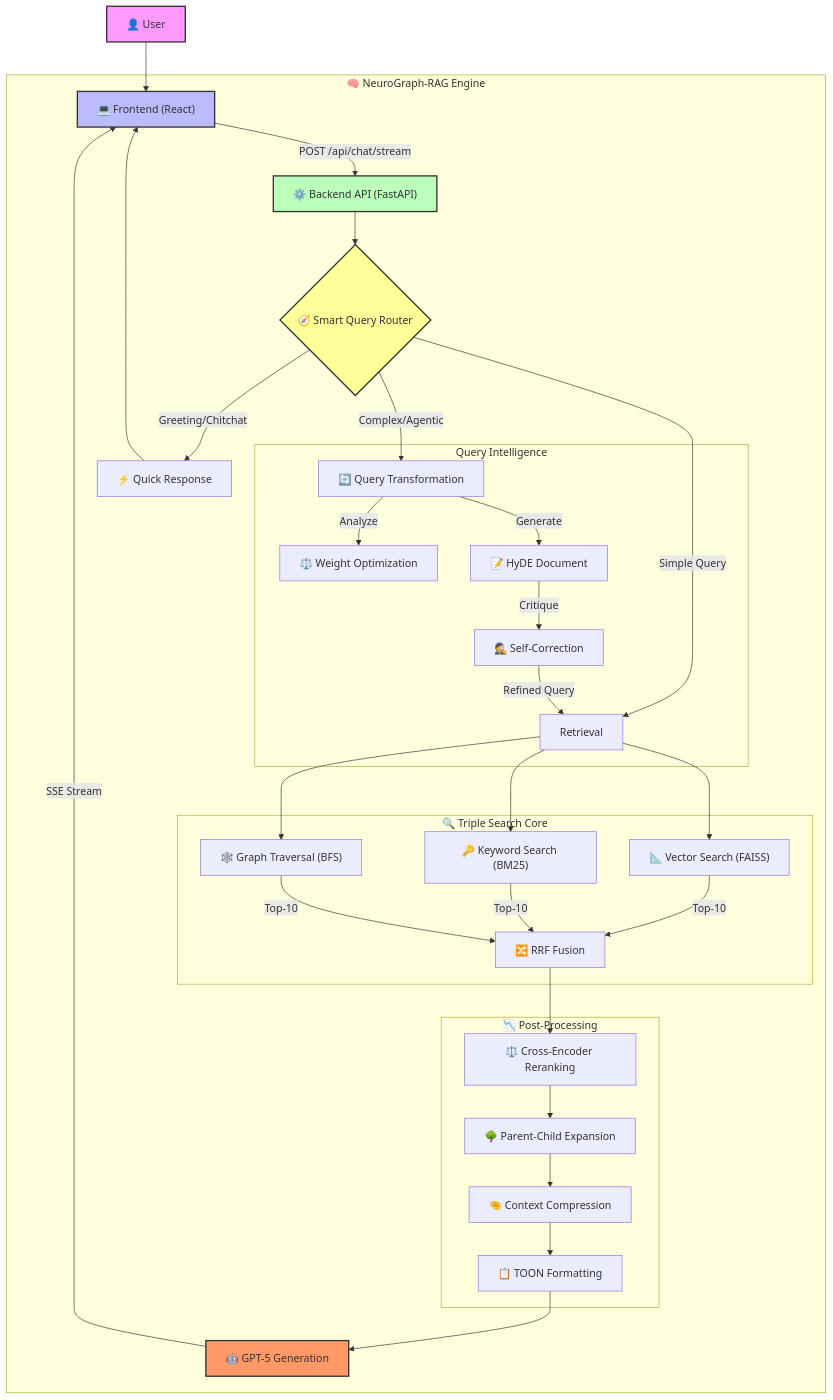
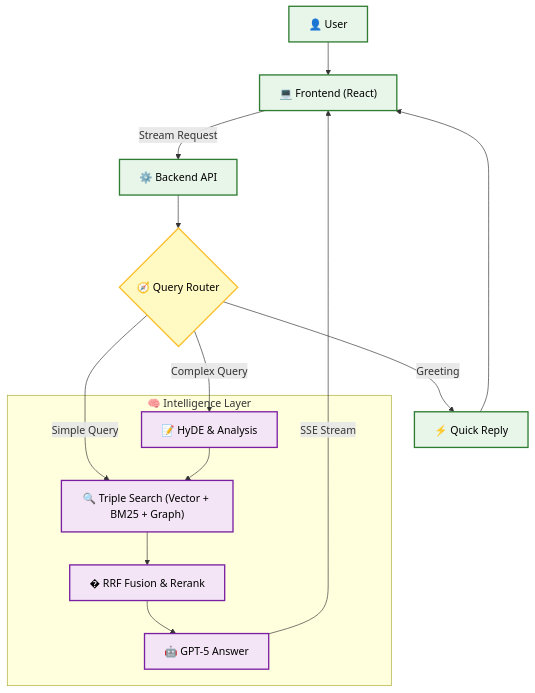
Before and after one commit to AryanKadar/neurograph-neo4j-rag: the diagram in README.md, drawn with Mermaid.

Commit message:
docs: simplify architecture diagram and fix contrast issues

````diff
--- a/README.md
+++ b/README.md
@@ -180,47 +180,41 @@
 ```mermaid
 graph TD
-    User["👤 User"] --> Frontend["💻 Frontend (React)"]
-    Frontend -->|"POST /api/chat/stream"| Backend["⚙️ Backend API (FastAPI)"]
+    %% Nodes
+    User["👤 User"]
+    Frontend["💻 Frontend (React)"]
+    Backend["⚙️ Backend API"]
+    Router{"🧭 Query Router"}
+    
+    subgraph "🧠 Intelligence Layer"
+        HyDE["📝 HyDE & Analysis"]
+        Search["🔍 Triple Search (Vector + BM25 + Graph)"]
+        Fusion["� RRF Fusion & Rerank"]
+        Generation["🤖 GPT-5 Answer"]
+    end
 
-    subgraph "🧠 NeuroGraph-RAG Engine"
-        Backend --> Router{"🧭 Smart Query Router"}
+    %% Connections
+    User --> Frontend
+    Frontend -->|"Stream Request"| Backend
+    Backend --> Router
+    
+    Router -->|"Simple Query"| Search
+    Router -->|"Complex Query"| HyDE
+    Router -->|"Greeting"| Quick["⚡ Quick Reply"]
+    
+    HyDE --> Search
+    Search --> Fusion
+    Fusion --> Generation
+    
+    Generation -->|"SSE Stream"| Frontend
+    Quick --> Frontend
 
-        Router -->|"Greeting/Chitchat"| QuickResp["⚡ Quick Response"]
-        Router -->|"Simple Query"| Retrieval
-        Router -->|"Complex/Agentic"| QueryTransform["🔄 Query Transformation"]
+    %% Styling with High Contrast
+    classDef box fill:#e1f5fe,stroke:#01579b,stroke-width:2px,color:#000000;
+    classDef decision fill:#fff9c4,stroke:#fbc02d,stroke-width:2px,color:#000000;
+    classDef user fill:#e8f5e9,stroke:#2e7d32,stroke-width:2px,color:#000000;
+    classDef process fill:#f3e5f5,stroke:#7b1fa2,stroke-width:2px,color:#000000;
 
-        subgraph "Query Intelligence"
-            QueryTransform -->|Analyze| Weights["⚖️ Weight Optimization"]
-            QueryTransform -->|Generate| HyDE["📝 HyDE Document"]
-            HyDE -->|Critique| SelfCritique["🕵️ Self-Correction"]
-            SelfCritique -->|"Refined Query"| Retrieval
-        end
-
-        subgraph "🔍 Triple Search Core"
-            Retrieval --> Vector["📐 Vector Search (FAISS)"]
-            Retrieval --> BM25["🔑 Keyword Search (BM25)"]
-            Retrieval --> Graph["🕸️ Graph Traversal (BFS)"]
-
-            Vector -->|"Top-10"| RRF["🔀 RRF Fusion"]
-            BM25 -->|"Top-10"| RRF
-            Graph -->|"Top-10"| RRF
-        end
-
-        subgraph "📉 Post-Processing"
-            RRF --> Rerank["⚖️ Cross-Encoder Reranking"]
-            Rerank --> Hierarchy["🌳 Parent-Child Expansion"]
-            Hierarchy --> Compress["🤏 Context Compression"]
-            Compress --> TOON["📋 TOON Formatting"]
-        end
-
-        TOON --> Generator["🤖 GPT-5 Generation"]
-        QuickResp --> Frontend
-        Generator -->|"SSE Stream"| Frontend
-    end
-    
-    style User fill:#f9f,stroke:#333,stroke-width:2px
-    style Frontend fill:#bbf,stroke:#333,stroke-width:2px
-    style Backend fill:#bfb,stroke:#333,stroke-width:2px
-    style Router fill:#ff9,stroke:#333,stroke-width:2px
-    style Generator fill:#f96,stroke:#333,stroke-width:2px
+    class User,Frontend,Backend,Quick user;
+    class Router decision;
+    class HyDE,Search,Fusion,Generation process;
 ```
````
